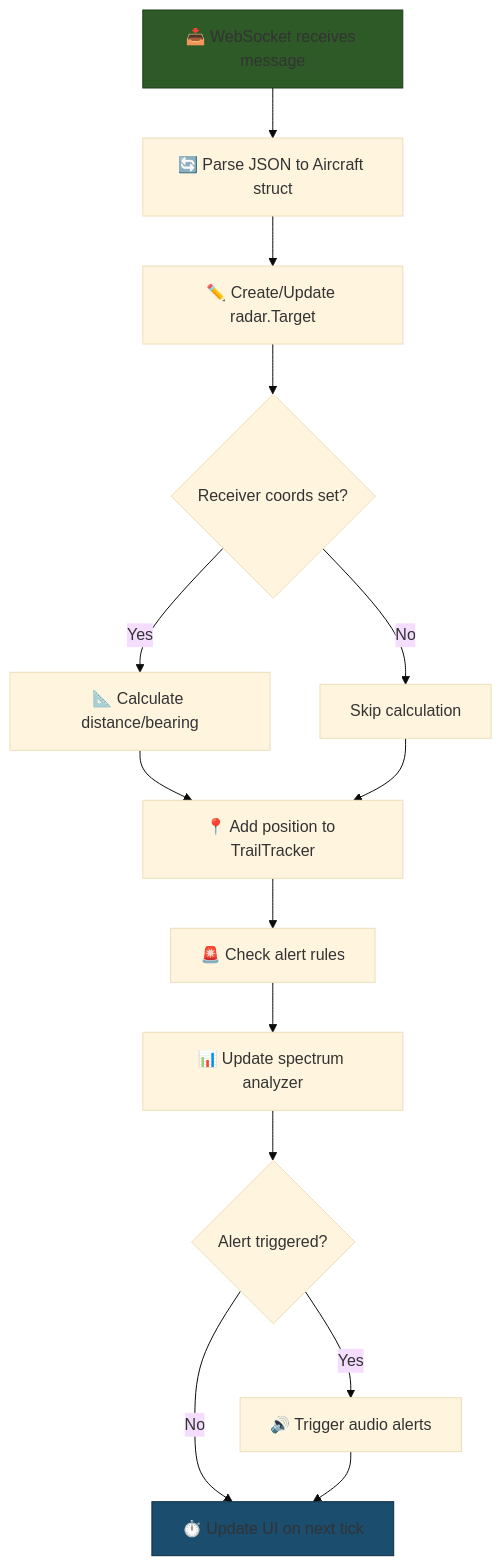
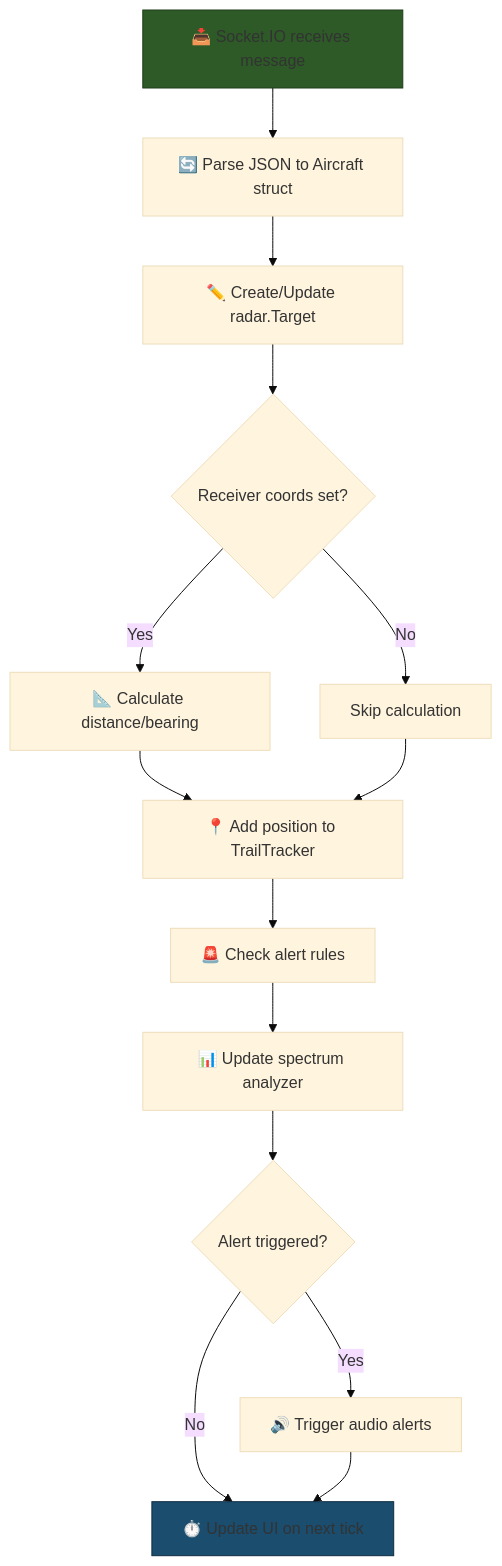
Before and after one commit to CHA0S-CORP/SkySpy: the fourth of 5 diagrams in docs/07-go-services.md, drawn with Mermaid (base theme). The commit also changed other lines of this file and 18 other files, not shown here.

````diff
--- a/docs/07-go-services.md
+++ b/docs/07-go-services.md
@@ -694,19 +694,19 @@
 ```mermaid
 flowchart TD
-    A[📥 WebSocket receives message] --> B[🔄 Parse JSON to Aircraft struct]
+    A[📥 Socket.IO receives message] --> B[🔄 Parse JSON to Aircraft struct]
     B --> C[✏️ Create/Update radar.Target]
     C --> D{Receiver coords set?}
     D -->|Yes| E[📐 Calculate distance/bearing]
     D -->|No| F[Skip calculation]
     E --> G[📍 Add position to TrailTracker]
     F --> G
     G --> H[🚨 Check alert rules]
     H --> I[📊 Update spectrum analyzer]
     I --> J{Alert triggered?}
     J -->|Yes| K[🔊 Trigger audio alerts]
     J -->|No| L[⏱️ Update UI on next tick]
     K --> L
 
     style A fill:#2d5a27,stroke:#1e3d19
     style L fill:#1a4d6e,stroke:#0f2d42
 ```
````
